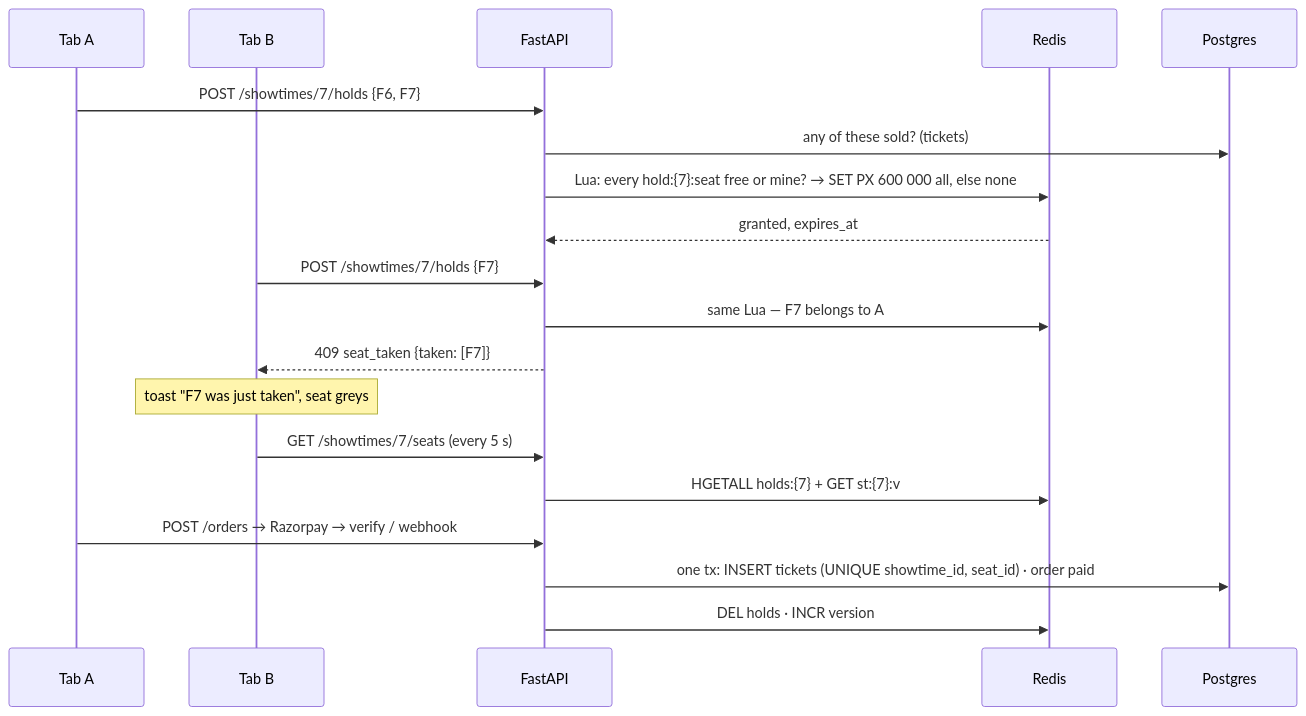
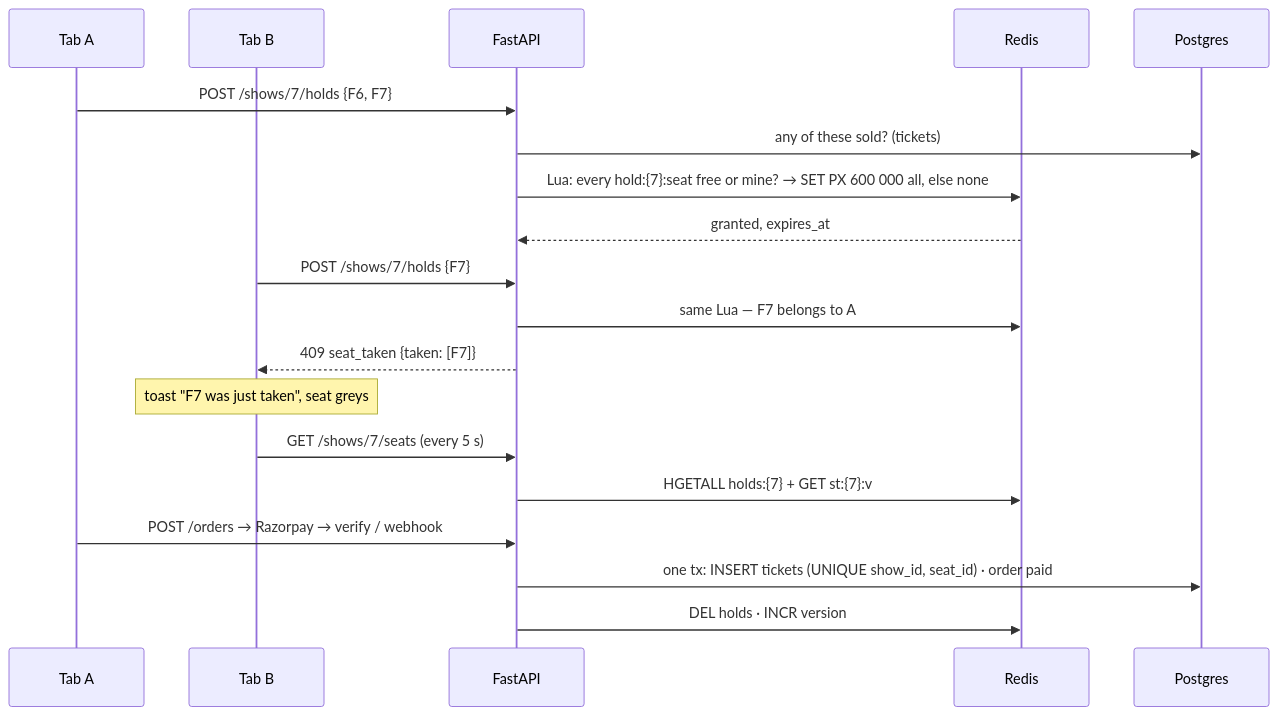
Before and after one commit to virajdomadia/frontrow: the diagram in README.md, drawn with Mermaid. The commit also changed other lines of this file and 124 other files, not shown here.

````diff
--- a/README.md
+++ b/README.md
@@ -21,21 +21,21 @@
 ```mermaid
 sequenceDiagram
   participant A as Tab A
   participant B as Tab B
   participant API as FastAPI
   participant R as Redis
   participant PG as Postgres
-  A->>API: POST /showtimes/7/holds {F6, F7}
+  A->>API: POST /shows/7/holds {F6, F7}
   API->>PG: any of these sold? (tickets)
   API->>R: Lua: every hold:{7}:seat free or mine? → SET PX 600 000 all, else none
   R-->>API: granted, expires_at
-  B->>API: POST /showtimes/7/holds {F7}
+  B->>API: POST /shows/7/holds {F7}
   API->>R: same Lua — F7 belongs to A
   API-->>B: 409 seat_taken {taken: [F7]}
   Note over B: toast "F7 was just taken", seat greys
-  B->>API: GET /showtimes/7/seats (every 5 s)
+  B->>API: GET /shows/7/seats (every 5 s)
   API->>R: HGETALL holds:{7} + GET st:{7}:v
   A->>API: POST /orders → Razorpay → verify / webhook
-  API->>PG: one tx: INSERT tickets (UNIQUE showtime_id, seat_id) · order paid
+  API->>PG: one tx: INSERT tickets (UNIQUE show_id, seat_id) · order paid
   API->>R: DEL holds · INCR version
 ```
````
